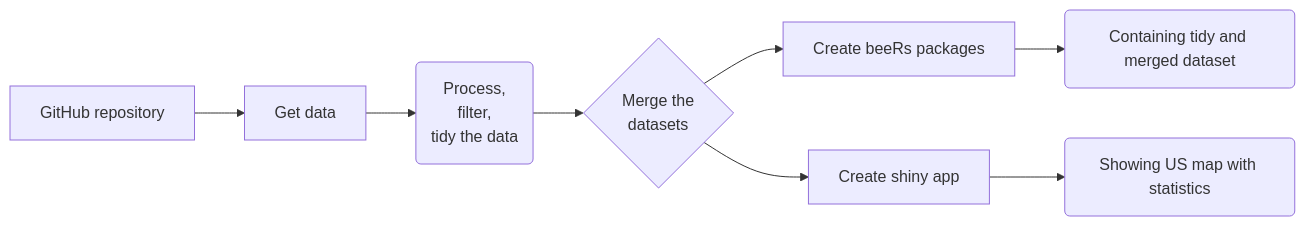
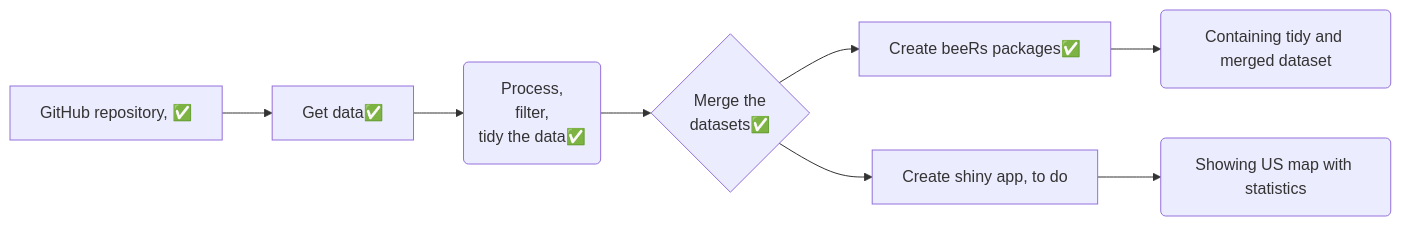
One commit to pmoizerv/BeeRs changed the diagram in README.Rmd. Above: the diagram before and after it, drawn with Mermaid. The commit also changed other lines of this file and 1 other file, not shown here.

````diff
--- a/README.Rmd
+++ b/README.Rmd
@@ -54,10 +60,10 @@
 ```{mermaid}
 flowchart LR
-  A[GitHub repository]  --> B[Get data]
-  B --> C(Process,\nfilter,\ntidy the data)
-  C --> D{Merge the\ndatasets}
-  D --> E[Create beeRs packages]
-  D --> F[Create shiny app]
+  A[GitHub repository, ✅]  --> B[Get data✅]
+  B --> C(Process,\nfilter,\ntidy the data✅)
+  C --> D{Merge the\ndatasets✅}
+  D --> E[Create beeRs packages✅]
+  D --> F[Create shiny app, to do]
   E --> G(Containing tidy and merged dataset)
   F --> H(Showing US map with statistics)
 ```
````
